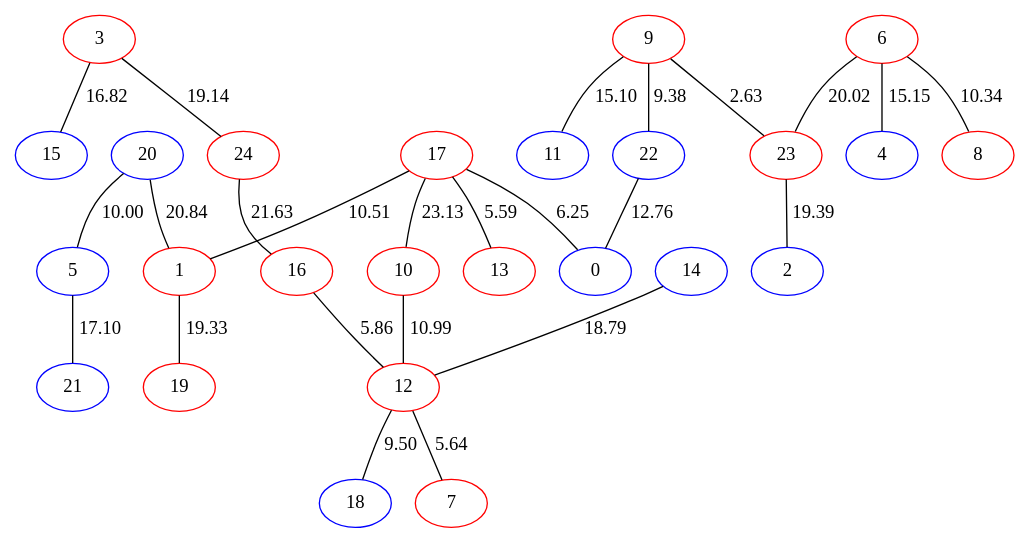
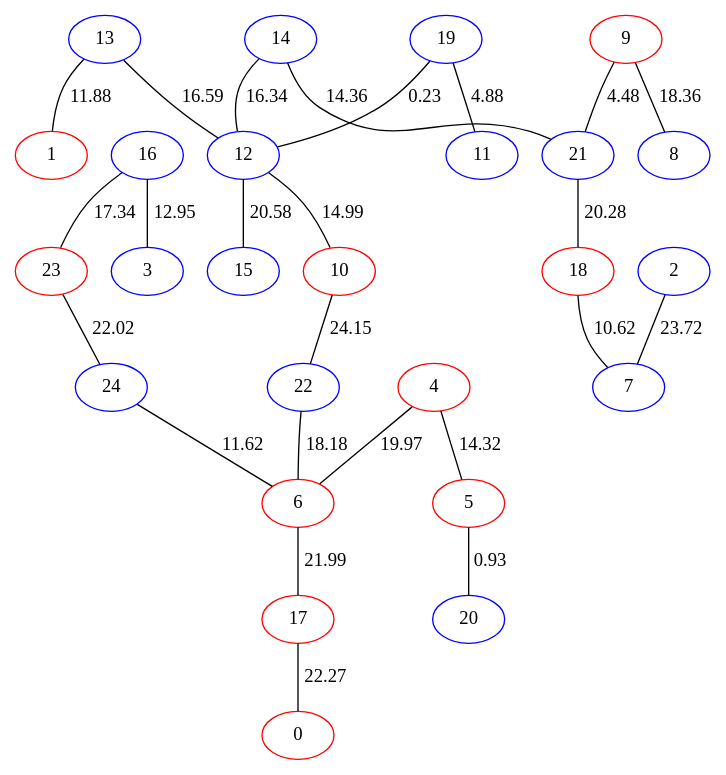
The diagram in example/ConnectedGraph25N.dot (Aura9111/SteinerBA), drawn with Graphviz before and after one commit. The commit also changed 32 other files, not shown here.

Commit message:
modelled graphs as set of components, added tree

```diff
--- a/example/ConnectedGraph25N.dot
+++ b/example/ConnectedGraph25N.dot
@@ -1,26 +1,51 @@
 graph {
-22[color=blue]23[color=red]24[color=red]10[color=red]11[color=blue]12[color=red]13[color=red]14[color=blue]15[color=blue]16[color=red]17[color=red]18[color=blue]19[color=red]0[color=blue]1[color=red]2[color=blue]3[color=red]4[color=blue]5[color=blue]6[color=red]7[color=red]8[color=red]9[color=red]20[color=blue]21[color=blue]20--5[label=10.00]
-9--22[label=9.38]
-9--11[label=15.10]
-9--23[label=2.63]
-24--16[label=21.63]
-20--1[label=20.84]
-17--0[label=6.25]
-6--4[label=15.15]
-17--1[label=10.51]
-22--0[label=12.76]
-23--2[label=19.39]
-14--12[label=18.79]
-16--12[label=5.86]
-17--13[label=5.59]
-3--15[label=16.82]
-5--21[label=17.10]
-3--24[label=19.14]
-10--12[label=10.99]
-6--23[label=20.02]
-12--18[label=9.50]
-6--8[label=10.34]
-17--10[label=23.13]
-1--19[label=19.33]
-12--7[label=5.64]
+22[color=blue]
+23[color=red]
+24[color=blue]
+10[color=red]
+11[color=blue]
+12[color=blue]
+13[color=blue]
+14[color=blue]
+15[color=blue]
+16[color=blue]
+17[color=red]
+18[color=red]
+19[color=blue]
+0[color=red]
+1[color=red]
+2[color=blue]
+3[color=blue]
+4[color=red]
+5[color=red]
+6[color=red]
+7[color=blue]
+8[color=blue]
+9[color=red]
+20[color=blue]
+21[color=blue]
+9--21[label=4.48]
+13--12[label=16.59]
+16--3[label=12.95]
+13--1[label=11.88]
+9--8[label=18.36]
+17--0[label=22.27]
+10--22[label=24.15]
+14--12[label=16.34]
+24--6[label=11.62]
+16--23[label=17.34]
+14--21[label=14.36]
+22--6[label=18.18]
+2--7[label=23.72]
+6--17[label=21.99]
+12--10[label=14.99]
+5--20[label=0.93]
+23--24[label=22.02]
+12--15[label=20.58]
+4--5[label=14.32]
+4--6[label=19.97]
+18--7[label=10.62]
+19--12[label=0.23]
+19--11[label=4.88]
+21--18[label=20.28]
 }
```
